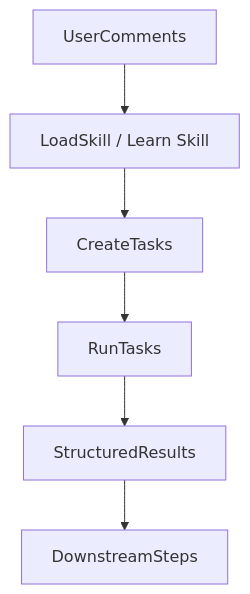
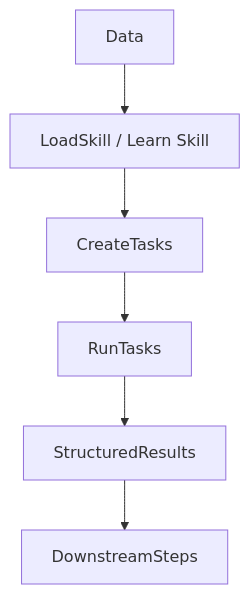
The diagram in README.md (Pravko-Solutions/FlashLearn), drawn with Mermaid before and after one commit.

````diff
--- a/README.md
+++ b/README.md
@@ -14,8 +14,8 @@
 ```mermaid
 flowchart TB
-    H[UserComments] --> I[LoadSkill / Learn Skill]
+    H[Data] --> I[LoadSkill / Learn Skill]
     I --> J[CreateTasks]
     J --> K[RunTasks]
     K --> L[StructuredResults]
     L --> M[DownstreamSteps]
 ```
````
